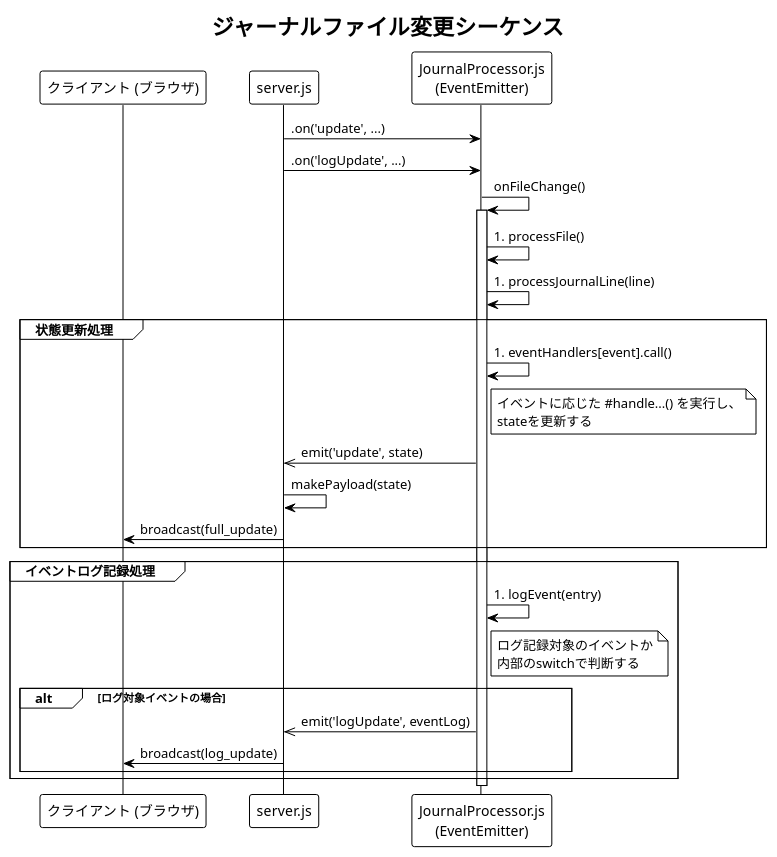
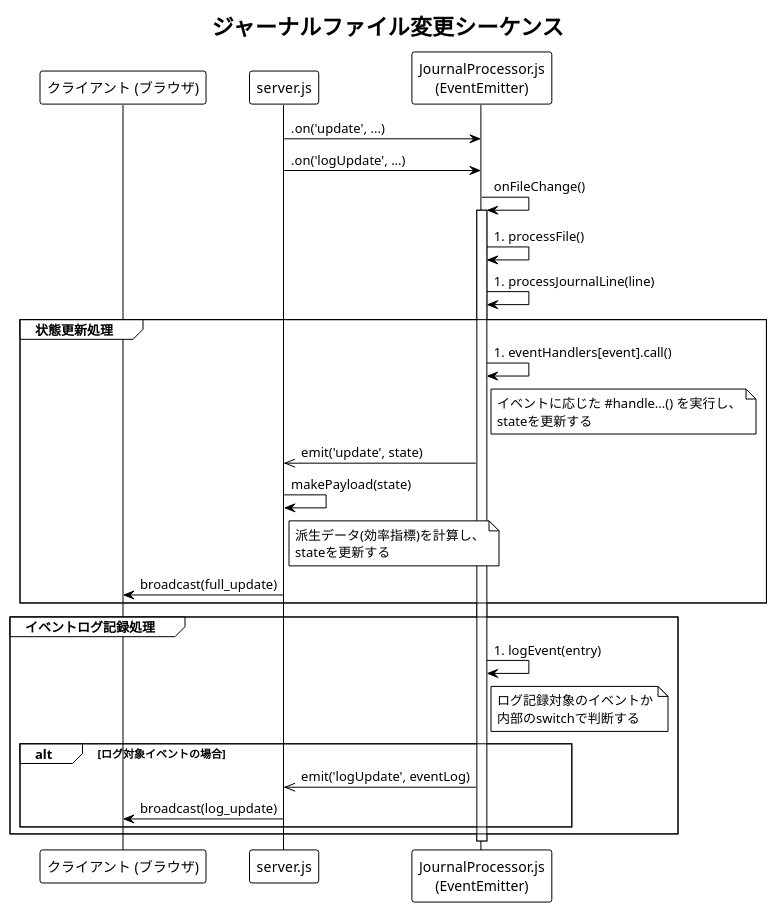
One commit to d11j/ed-dashboard changed the first of 3 diagrams in DESIGN.md. Above: the diagram before and after it, drawn with PlantUML. The commit also changed 6 other files, not shown here.

````diff
--- a/DESIGN.md
+++ b/DESIGN.md
@@ -36,37 +36,38 @@
 ```plantuml
 @startuml
 !theme plain
 title ジャーナルファイル変更シーケンス
 
 participant "クライアント (ブラウザ)" as Client
 participant "server.js" as Server
 participant "JournalProcessor.js\n(EventEmitter)" as Processor
 
 Server -> Processor: .on('update', ...)
 Server -> Processor: .on('logUpdate', ...)
 
 Processor -> Processor: onFileChange()
 activate Processor
 Processor -> Processor: #processFile()
 Processor -> Processor: #processJournalLine(line)
 
 group 状態更新処理
     Processor -> Processor: #eventHandlers[event].call()
     note right of Processor: イベントに応じた #handle...() を実行し、\nstateを更新する
     Processor ->> Server: emit('update', state)
     Server -> Server: makePayload(state)
+    note right of Server: 派生データ(効率指標)を計算し、\nstateを更新する
     Server -> Client: broadcast(full_update)
 end
 
 group イベントログ記録処理
     Processor -> Processor: #logEvent(entry)
     note right of Processor: ログ記録対象のイベントか\n内部のswitchで判断する
     alt ログ対象イベントの場合
         Processor ->> Server: emit('logUpdate', eventLog)
         Server -> Client: broadcast(log_update)
     end
 end
 
 deactivate Processor
 @enduml
 ```
````
